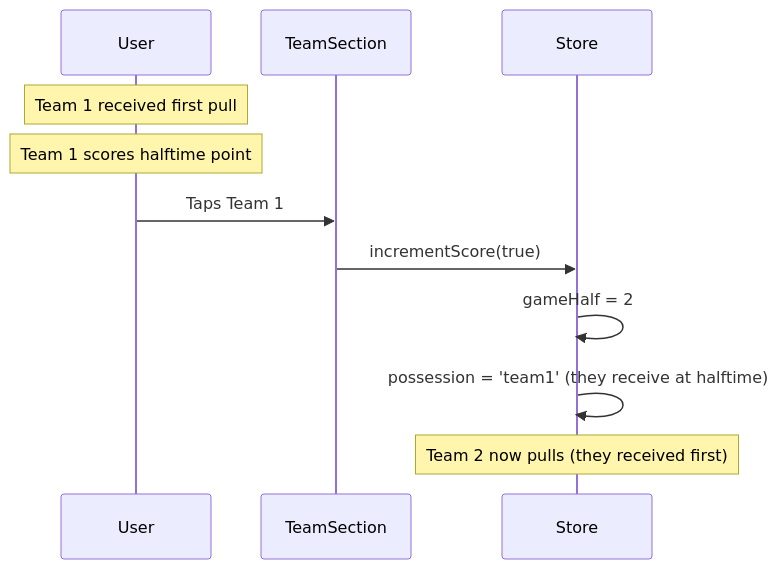
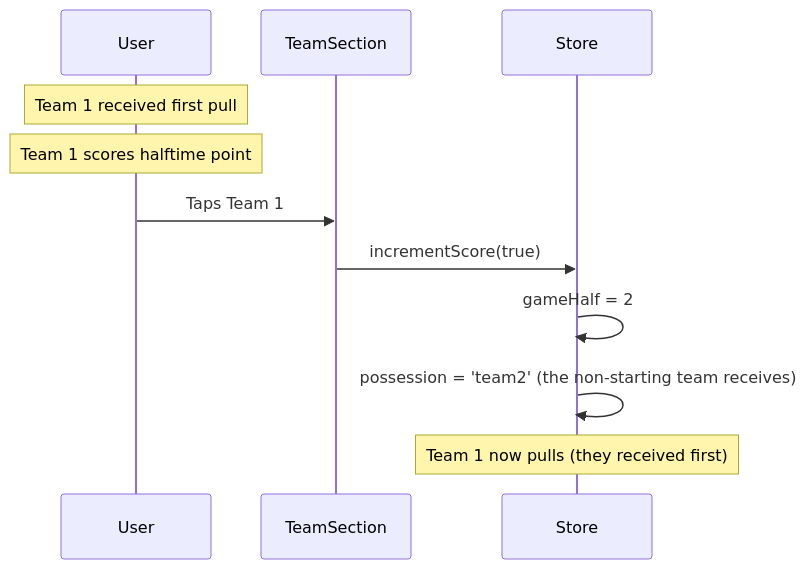
One commit to DanLang1/ultimatestats changed the fourth of 4 diagrams in docs/turnover-tracking.md. Above: the diagram before and after it, drawn with Mermaid. The commit also changed other lines of this file and 26 other files, not shown here.

````diff
--- a/docs/turnover-tracking.md
+++ b/docs/turnover-tracking.md
@@ -139,14 +134,14 @@
 ```mermaid
 sequenceDiagram
     participant User
     participant TeamSection
     participant Store
 
     Note over User: Team 1 received first pull
     Note over User: Team 1 scores halftime point
     User->>TeamSection: Taps Team 1
     TeamSection->>Store: incrementScore(true)
     Store->>Store: gameHalf = 2
-    Store->>Store: possession = 'team1' (they receive at halftime)
-    Note over Store: Team 2 now pulls (they received first)
+    Store->>Store: possession = 'team2' (the non-starting team receives)
+    Note over Store: Team 1 now pulls (they received first)
 ```
````
